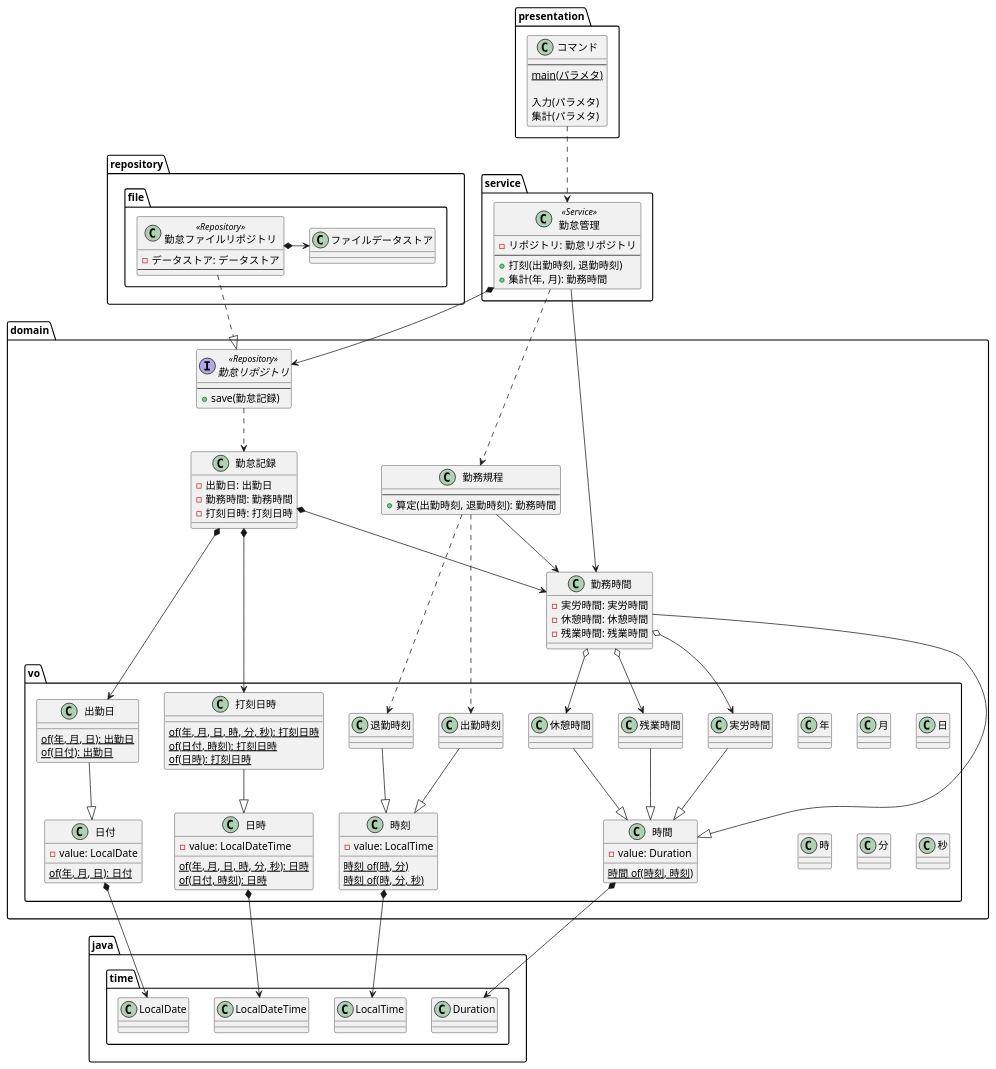
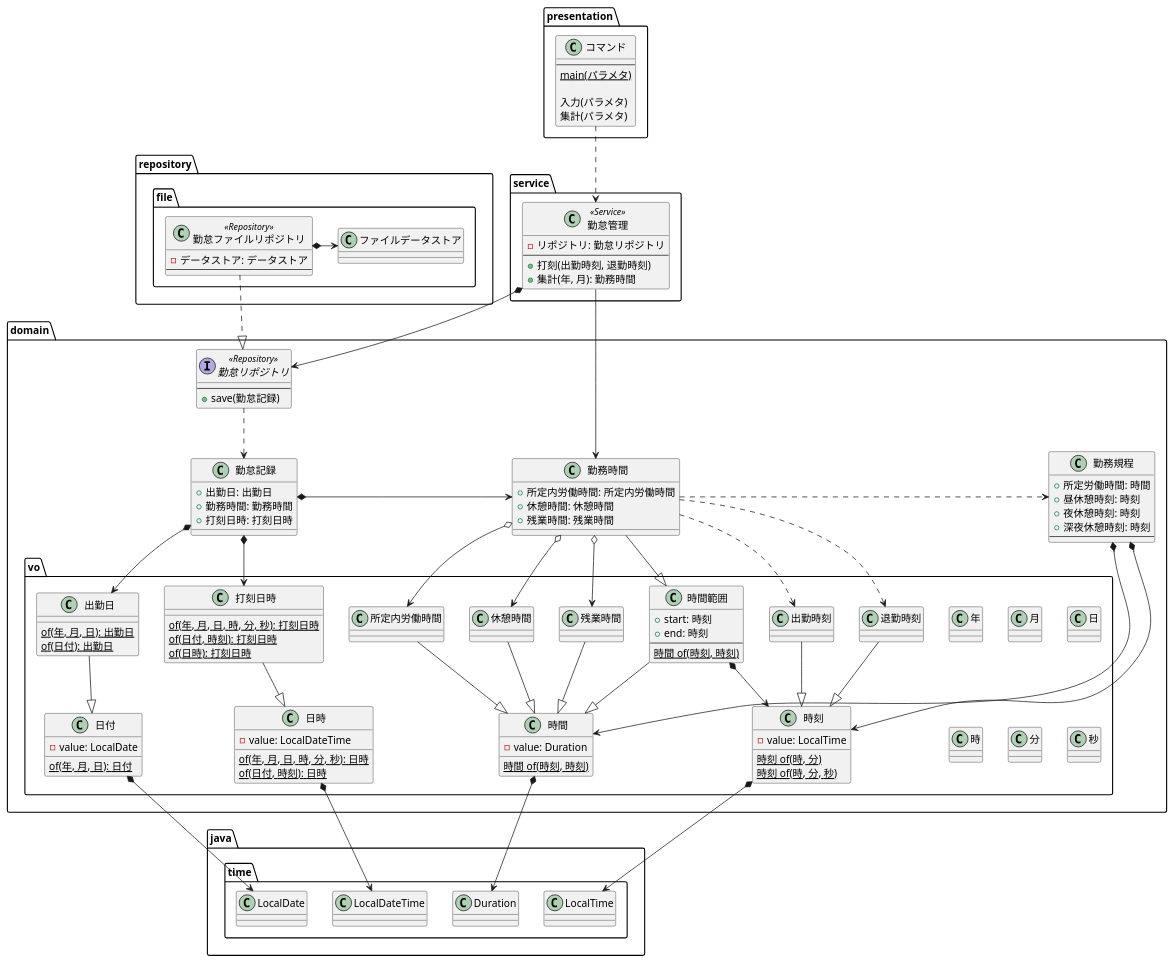
One commit to biglobe-isp/kintai changed the diagram in spec/logical-models.puml. Above: the diagram before and after it, drawn with PlantUML.

Commit message:
実装に合わせて論理モデルを修正

```diff
--- a/spec/logical-models.puml
+++ b/spec/logical-models.puml
@@ -1,145 +1,158 @@
 @startuml
 
 package java.time {
     class LocalDate
     class LocalTime
     class LocalDateTime
     class Duration
 }
 
 package domain {
     package vo {
         class 年
         class 月
         class 日
         class 時
         class 分
         class 秒
 
         class 日付 {
           - value: LocalDate
           {static} of(年, 月, 日): 日付
         }
         日付 *--> LocalDate
 
         class 時刻 {
           - value: LocalTime
           {static} 時刻 of(時, 分)
           {static} 時刻 of(時, 分, 秒)
         }
         時刻 *--> LocalTime
 
         class 時間 {
           - value: Duration
           {static} 時間 of(時刻, 時刻)
         }
         時間 *--> Duration
 
+        class 時間範囲 {
+          + start: 時刻
+          + end: 時刻
+          ----
+          {static} 時間 of(時刻, 時刻)
+        }
+        時間範囲 --|> 時間
+        時間範囲 *--> 時刻
+
         class 日時 {
           - value: LocalDateTime
           {static} of(年, 月, 日, 時, 分, 秒): 日時
           {static} of(日付, 時刻): 日時
         }
         日時 *--> LocalDateTime
 
         class 出勤日 {
           {static} of(年, 月, 日): 出勤日
           {static} of(日付): 出勤日
         }
         出勤日 --|> 日付
 
         class 出勤時刻
         出勤時刻 --|> 時刻
 
         class 退勤時刻
         退勤時刻 --|> 時刻
 
-        class 実労時間
-        実労時間 --|> 時間
+        class 所定内労働時間
+        所定内労働時間 --|> 時間
 
         class 残業時間
         残業時間 --|> 時間
 
         class 休憩時間
         休憩時間 --|> 時間
 
         class 打刻日時 {
           {static} of(年, 月, 日, 時, 分, 秒): 打刻日時
           {static} of(日付, 時刻): 打刻日時
           {static} of(日時): 打刻日時
         }
         打刻日時 --|> 日時
     }
 
     class 勤務時間 {
-      - 実労時間: 実労時間
-      - 休憩時間: 休憩時間
-      - 残業時間: 残業時間
+      + 所定内労働時間: 所定内労働時間
+      + 休憩時間: 休憩時間
+      + 残業時間: 残業時間
     }
-    勤務時間 --|> 時間
-    勤務時間 o--> 実労時間
+    勤務時間 --|> 時間範囲
+    勤務時間 o--> 所定内労働時間
     勤務時間 o--> 休憩時間
     勤務時間 o--> 残業時間
+    勤務時間 .> 勤務規程
+    勤務時間 ..> 出勤時刻
+    勤務時間 ..> 退勤時刻
 
     class 勤務規程 {
+      + 所定労働時間: 時間
+      + 昼休憩時刻: 時刻
+      + 夜休憩時刻: 時刻
+      + 深夜休憩時刻: 時刻
       ----
-      + 算定(出勤時刻, 退勤時刻): 勤務時間
     }
-    勤務規程 --> 勤務時間
-    勤務規程 ..> 出勤時刻
-    勤務規程 ..> 退勤時刻
+    勤務規程 *---> 時間
+    勤務規程 *---> 時刻
 
     class 勤怠記録 {
-      - 出勤日: 出勤日
-      - 勤務時間: 勤務時間
-      - 打刻日時: 打刻日時
+      + 出勤日: 出勤日
+      + 勤務時間: 勤務時間
+      + 打刻日時: 打刻日時
     }
     勤怠記録 *--> 出勤日
-    勤怠記録 *--> 勤務時間
+    勤怠記録 *-> 勤務時間
     勤怠記録 *--> 打刻日時
 
     interface 勤怠リポジトリ <<Repository>> {
       ----
       + save(勤怠記録)
     }
     勤怠リポジトリ ..> 勤怠記録
 }
 
 package service {
     ' Puncher
     class 勤怠管理 <<Service>> {
       - リポジトリ: 勤怠リポジトリ
       ----
       + 打刻(出勤時刻, 退勤時刻)
       + 集計(年, 月): 勤務時間
     }
     勤怠管理 *--> 勤怠リポジトリ
-    勤怠管理 ..> 勤務規程
     勤怠管理 --> 勤務時間
 }
 
 package repository.file {
     class ファイルデータストア {
     }
 
     class 勤怠ファイルリポジトリ <<Repository>> {
       - データストア: データストア
       ----
     }
     勤怠ファイルリポジトリ ..|> 勤怠リポジトリ
     勤怠ファイルリポジトリ *-> ファイルデータストア
 }
 
 package presentation {
   class コマンド {
     ----
     {static} main(パラメタ)
 
     入力(パラメタ)
     集計(パラメタ)
   }
 
   コマンド ..> 勤怠管理
 }
 
 @enduml
```
